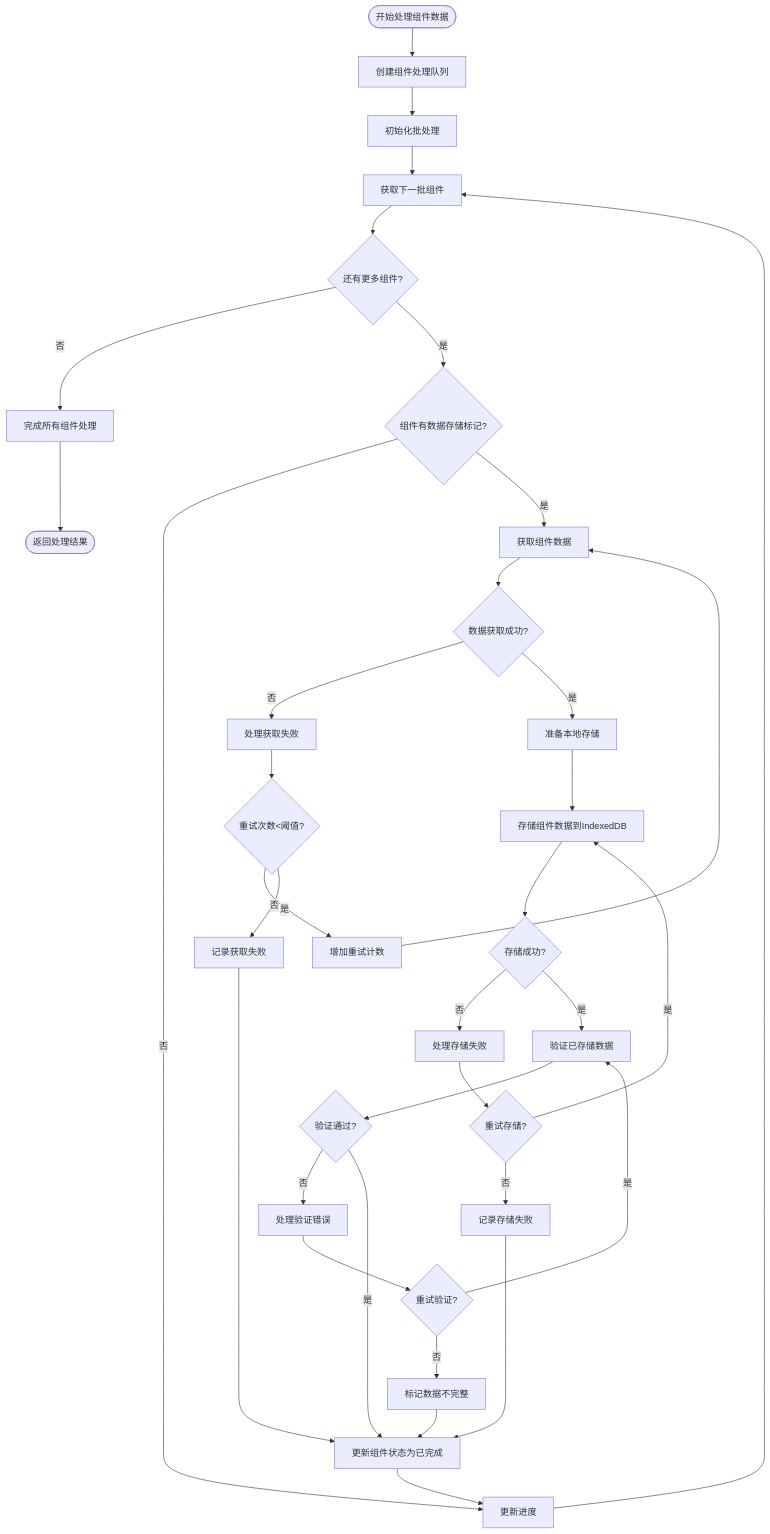
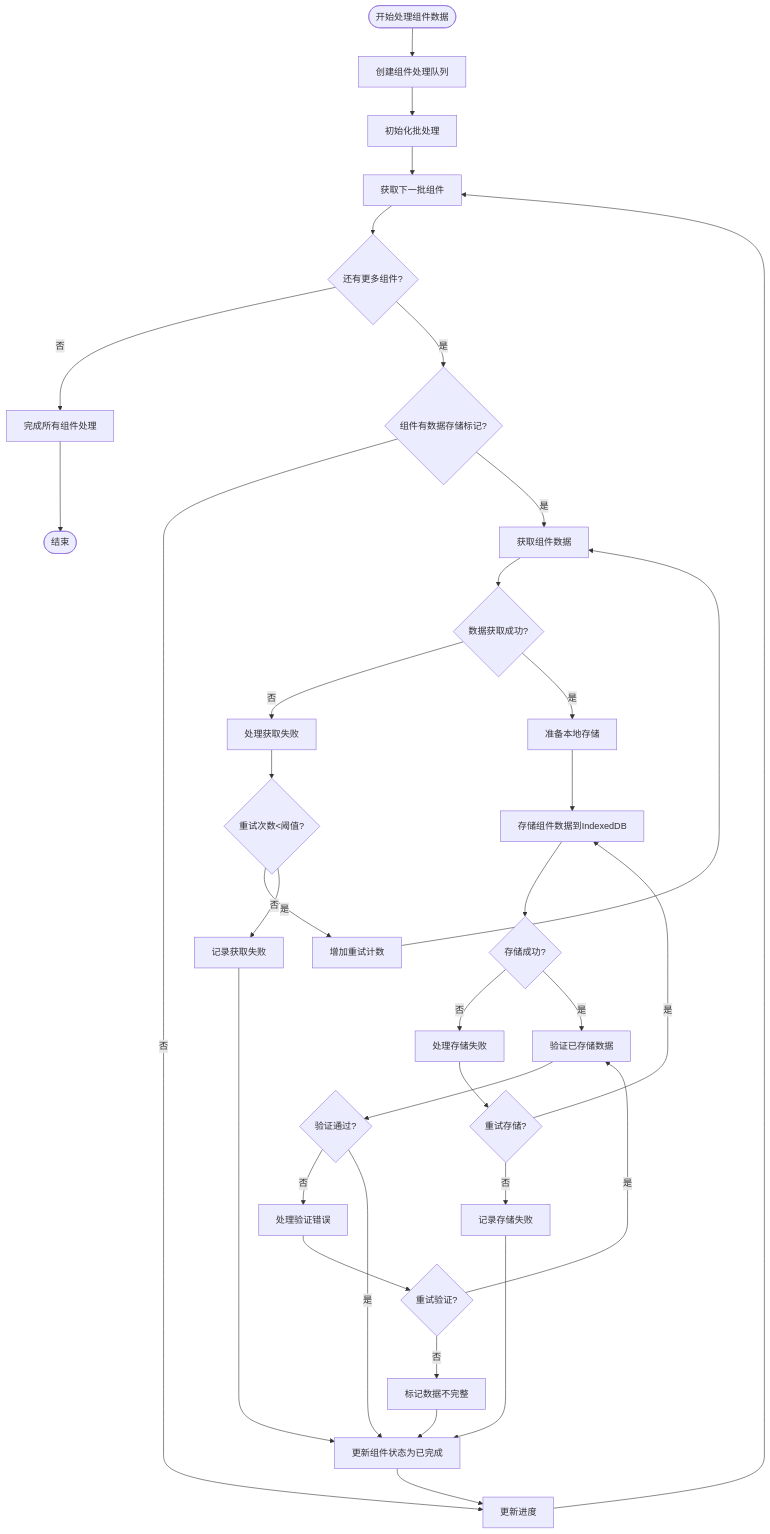
Before and after one commit to yingjianzh/iodraw-files: the diagram in all/未命名-50.md, drawn with Mermaid.

Commit message:
2025-05-08 10:53:18 update

````diff
--- a/all/未命名-50.md
+++ b/all/未命名-50.md
@@ -1,50 +1,50 @@
 ```mermaid
 flowchart TD
     StartProcessing([开始处理组件数据]) --> CreateQueue[创建组件处理队列]
     
     CreateQueue --> InitBatchProcessing[初始化批处理]
     
     InitBatchProcessing --> GetNextComponent[获取下一批组件]
     GetNextComponent --> HasMoreComponents{还有更多组件?}
     
     HasMoreComponents -->|否| CompleteProcessing[完成所有组件处理]
     HasMoreComponents -->|是| CheckDataFlag{组件有数据存储标记?}
     
     CheckDataFlag -->|否| UpdateProgress[更新进度]
     CheckDataFlag -->|是| FetchComponentData[获取组件数据]
     
     FetchComponentData --> DataFetchOk{数据获取成功?}
     
     DataFetchOk -->|否| HandleFetchError[处理获取失败]
     HandleFetchError --> RetryCount{重试次数<阈值?}
     RetryCount -->|是| IncrementRetry[增加重试计数]
     IncrementRetry --> FetchComponentData
     RetryCount -->|否| LogFetchFailure[记录获取失败]
     
     DataFetchOk -->|是| PrepareStorage[准备本地存储]
     PrepareStorage --> StoreComponentData[存储组件数据到IndexedDB]
     
     StoreComponentData --> StorageOk{存储成功?}
     StorageOk -->|否| HandleStorageError[处理存储失败]
     HandleStorageError --> RetryStorage{重试存储?}
     RetryStorage -->|是| StoreComponentData
     RetryStorage -->|否| LogStorageFailure[记录存储失败]
     
     StorageOk -->|是| VerifyStoredData[验证已存储数据]
     VerifyStoredData --> VerifyOk{验证通过?}
     
     VerifyOk -->|否| HandleVerifyError[处理验证错误]
     HandleVerifyError --> RetryVerify{重试验证?}
     RetryVerify -->|是| VerifyStoredData
     RetryVerify -->|否| MarkDataIncomplete[标记数据不完整]
     
     VerifyOk -->|是| UpdateComponentStatus[更新组件状态为已完成]
     LogFetchFailure --> UpdateComponentStatus
     LogStorageFailure --> UpdateComponentStatus
     MarkDataIncomplete --> UpdateComponentStatus
     
     UpdateComponentStatus --> UpdateProgress
     UpdateProgress --> GetNextComponent
     
-    CompleteProcessing -->  Return([返回处理结果])
+    CompleteProcessing --> Return([结束])
 ```
````
